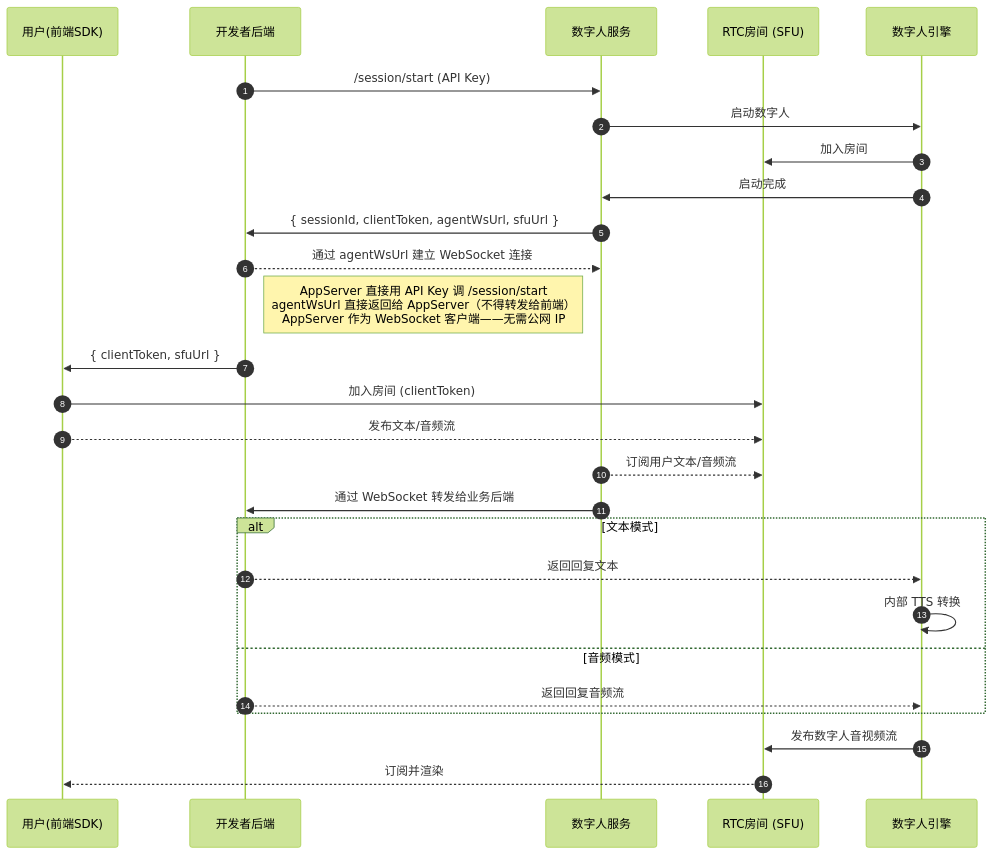
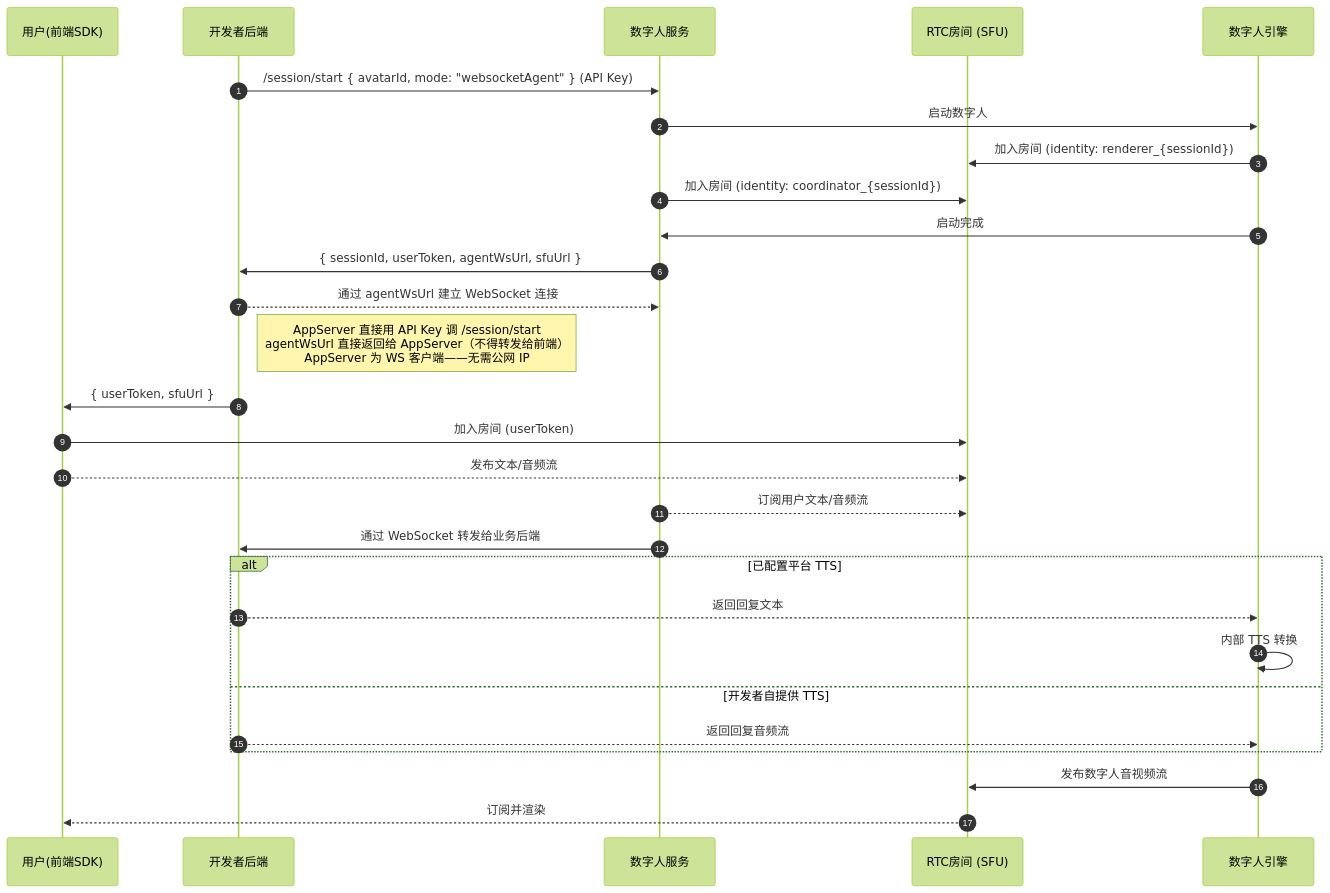
The first of 2 diagrams in PROTOCOL.zh.md (newportAI-lab/liveavatar-channel-python), drawn with Mermaid (forest theme) before and after one commit. The commit also changed other lines of this file and 1 other file, not shown here.

````diff
--- a/PROTOCOL.zh.md
+++ b/PROTOCOL.zh.md
@@ -74,34 +76,35 @@
 ```mermaid
 sequenceDiagram
     autonumber
     participant User as 用户(前端SDK)
     participant AppServer as 开发者后端
     participant Platform as 数字人服务
     participant RTC as RTC房间 (SFU)
     participant Avatar as 数字人引擎
 
-    AppServer->>Platform: /session/start (API Key)
+    AppServer->>Platform: /session/start { avatarId, mode: "websocketAgent" } (API Key)
     Platform->>Avatar: 启动数字人
-    Avatar->>RTC: 加入房间
+    Avatar->>RTC: 加入房间 (identity: renderer_{sessionId})
+    Platform->>RTC: 加入房间 (identity: coordinator_{sessionId})
     Avatar->>Platform: 启动完成
-    Platform->>AppServer: { sessionId, clientToken, agentWsUrl, sfuUrl }
+    Platform->>AppServer: { sessionId, userToken, agentWsUrl, sfuUrl }
     AppServer-->>Platform: 通过 agentWsUrl 建立 WebSocket 连接
-    Note right of AppServer: AppServer 直接用 API Key 调 /session/start<br/>agentWsUrl 直接返回给 AppServer（不得转发给前端）<br/>AppServer 作为 WebSocket 客户端——无需公网 IP
-    AppServer->>User: { clientToken, sfuUrl }
+    Note right of AppServer: AppServer 直接用 API Key 调 /session/start<br/>agentWsUrl 直接返回给 AppServer（不得转发给前端）<br/>AppServer 为 WS 客户端——无需公网 IP
+    AppServer->>User: { userToken, sfuUrl }
 
-    User->>RTC: 加入房间 (clientToken)
+    User->>RTC: 加入房间 (userToken)
     User-->>RTC: 发布文本/音频流
 
     Platform-->>RTC: 订阅用户文本/音频流
     Platform->>AppServer: 通过 WebSocket 转发给业务后端
 
-    alt 文本模式
+    alt 已配置平台 TTS
         AppServer-->>Avatar: 返回回复文本
         Avatar->>Avatar: 内部 TTS 转换
-    else 音频模式
+    else 开发者自提供 TTS
         AppServer-->>Avatar: 返回回复音频流
     end
 
     Avatar->>RTC: 发布数字人音视频流
     RTC-->>User: 订阅并渲染
 ```
````
